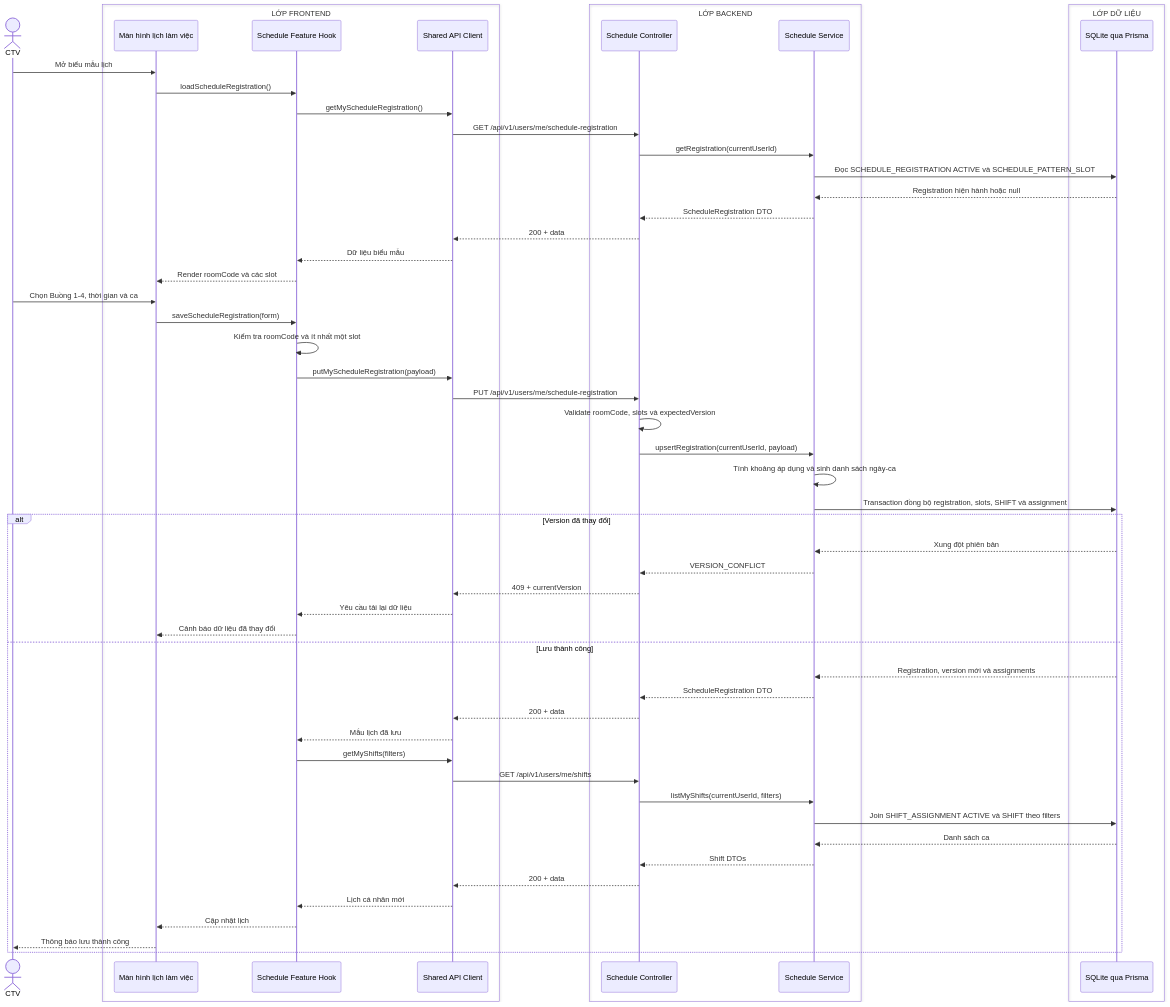
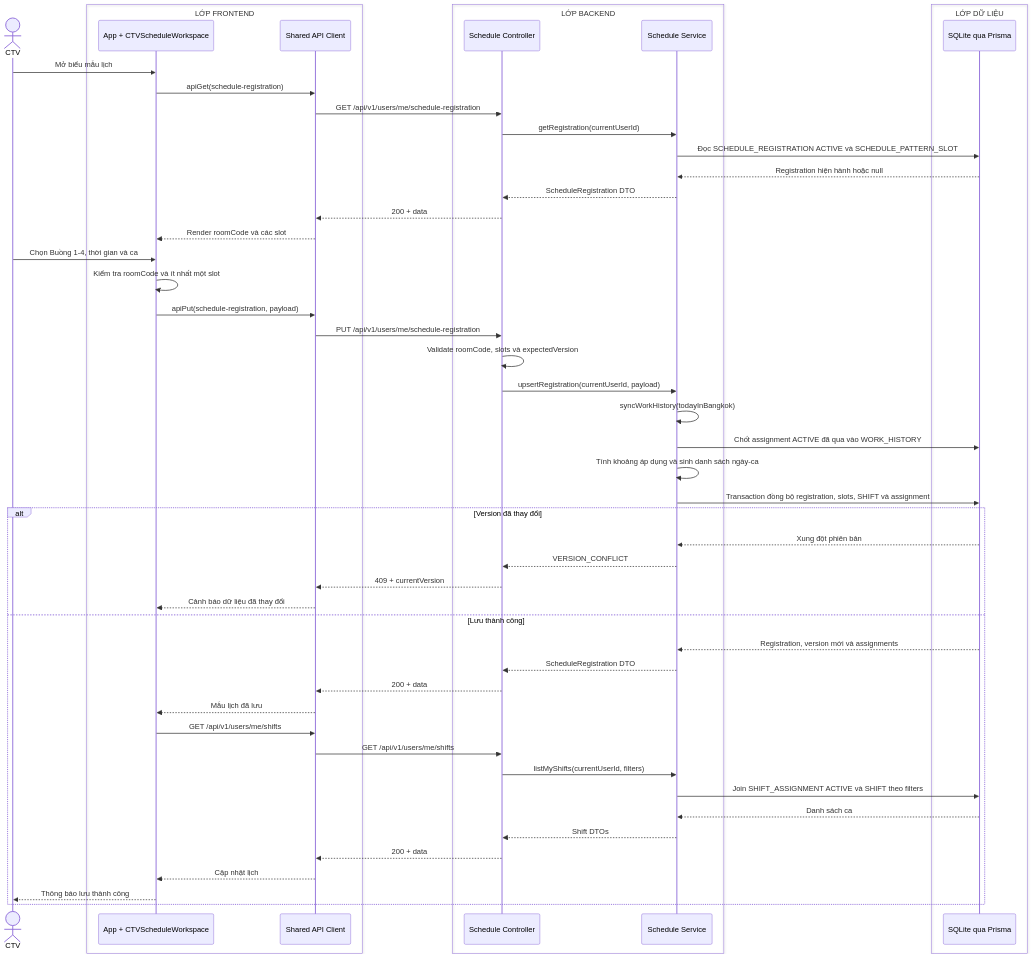
The diagram in docs/sequence-diagrams/04-dang-ky-cap-nhat-lich-lam-viec.md (MINHDZVODICH/ctv-manage), drawn with Mermaid before and after one commit. The commit also changed other lines of this file and 43 other files, not shown here.

Commit message:
fix(ui): adjust work history loading position, remove empty schedule text, clean sidebar header, and pin package versions

````diff
--- a/docs/sequence-diagrams/04-dang-ky-cap-nhat-lich-lam-viec.md
+++ b/docs/sequence-diagrams/04-dang-ky-cap-nhat-lich-lam-viec.md
@@ -5,61 +5,57 @@
 ```mermaid
 sequenceDiagram
     actor U as CTV
     box LỚP FRONTEND
-        participant UI as Màn hình lịch làm việc
-        participant H as Schedule Feature Hook
+        participant UI as App + CTVScheduleWorkspace
         participant API as Shared API Client
     end
     box LỚP BACKEND
         participant C as Schedule Controller
         participant S as Schedule Service
     end
     box LỚP DỮ LIỆU
         participant DB as SQLite qua Prisma
     end
 
     U->>UI: Mở biểu mẫu lịch
-    UI->>H: loadScheduleRegistration()
-    H->>API: getMyScheduleRegistration()
+    UI->>API: apiGet(schedule-registration)
     API->>C: GET /api/v1/users/me/schedule-registration
     C->>S: getRegistration(currentUserId)
     S->>DB: Đọc SCHEDULE_REGISTRATION ACTIVE và SCHEDULE_PATTERN_SLOT
     DB-->>S: Registration hiện hành hoặc null
     S-->>C: ScheduleRegistration DTO
     C-->>API: 200 + data
-    API-->>H: Dữ liệu biểu mẫu
-    H-->>UI: Render roomCode và các slot
+    API-->>UI: Render roomCode và các slot
 
     U->>UI: Chọn Buồng 1-4, thời gian và ca
-    UI->>H: saveScheduleRegistration(form)
-    H->>H: Kiểm tra roomCode và ít nhất một slot
-    H->>API: putMyScheduleRegistration(payload)
+    UI->>UI: Kiểm tra roomCode và ít nhất một slot
+    UI->>API: apiPut(schedule-registration, payload)
     API->>C: PUT /api/v1/users/me/schedule-registration
     C->>C: Validate roomCode, slots và expectedVersion
     C->>S: upsertRegistration(currentUserId, payload)
+    S->>S: syncWorkHistory(todayInBangkok)
+    S->>DB: Chốt assignment ACTIVE đã qua vào WORK_HISTORY
     S->>S: Tính khoảng áp dụng và sinh danh sách ngày-ca
     S->>DB: Transaction đồng bộ registration, slots, SHIFT và assignment
 
     alt Version đã thay đổi
         DB-->>S: Xung đột phiên bản
         S-->>C: VERSION_CONFLICT
         C-->>API: 409 + currentVersion
-        API-->>H: Yêu cầu tải lại dữ liệu
-        H-->>UI: Cảnh báo dữ liệu đã thay đổi
+        API-->>UI: Cảnh báo dữ liệu đã thay đổi
     else Lưu thành công
         DB-->>S: Registration, version mới và assignments
         S-->>C: ScheduleRegistration DTO
         C-->>API: 200 + data
-        API-->>H: Mẫu lịch đã lưu
-        H->>API: getMyShifts(filters)
+        API-->>UI: Mẫu lịch đã lưu
+        UI->>API: GET /api/v1/users/me/shifts
         API->>C: GET /api/v1/users/me/shifts
         C->>S: listMyShifts(currentUserId, filters)
         S->>DB: Join SHIFT_ASSIGNMENT ACTIVE và SHIFT theo filters
         DB-->>S: Danh sách ca
         S-->>C: Shift DTOs
         C-->>API: 200 + data
-        API-->>H: Lịch cá nhân mới
-        H-->>UI: Cập nhật lịch
+        API-->>UI: Cập nhật lịch
         UI-->>U: Thông báo lưu thành công
     end
 ```
````
